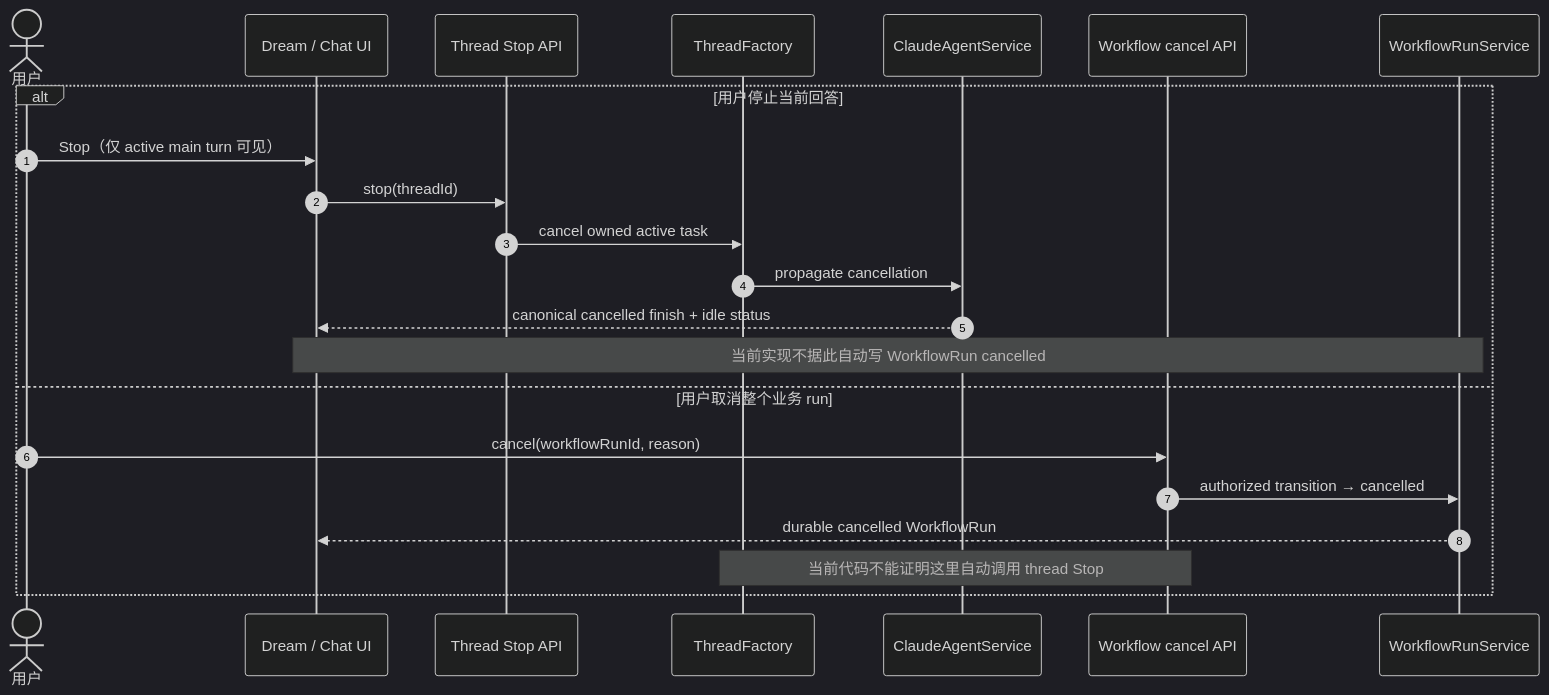
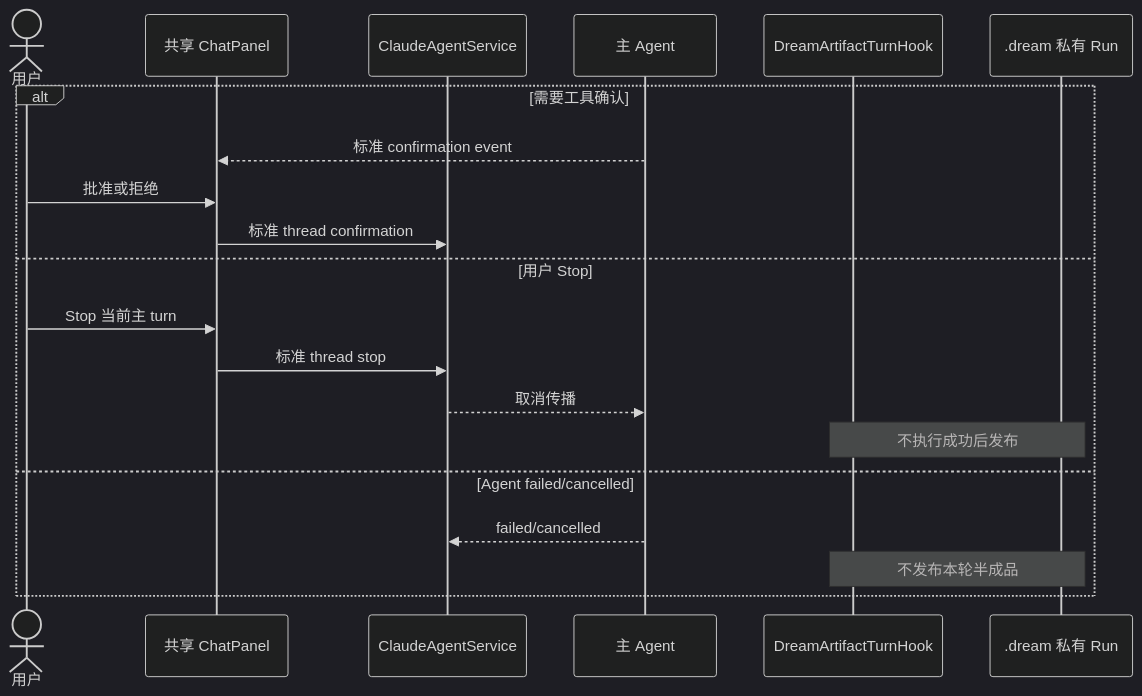
Before and after one commit to glide-the/im-dream: the sixth of 6 diagrams in docs/design/dream-agent/business-interaction-design.md, drawn with Mermaid (dark theme). The commit also changed other lines of this file and 26 other files, not shown here.

Commit message:
feat(dream): sync agent workbench artifacts

````diff
--- a/docs/design/dream-agent/business-interaction-design.md
+++ b/docs/design/dream-agent/business-interaction-design.md
@@ -580,25 +127,23 @@
 ```mermaid
 sequenceDiagram
-    autonumber
-    actor User as 用户
-    participant UI as Dream / Chat UI
-    participant ChatAPI as Thread Stop API
-    participant Factory as ThreadFactory
-    participant Service as ClaudeAgentService
-    participant WFAPI as Workflow cancel API
-    participant WF as WorkflowRunService
+    actor U as 用户
+    participant UI as 共享 ChatPanel
+    participant S as ClaudeAgentService
+    participant A as 主 Agent
+    participant H as DreamArtifactTurnHook
+    participant P as .dream 私有 Run
 
-    alt 用户停止当前回答
-        User->>UI: Stop（仅 active main turn 可见）
-        UI->>ChatAPI: stop(threadId)
-        ChatAPI->>Factory: cancel owned active task
-        Factory->>Service: propagate cancellation
-        Service-->>UI: canonical cancelled finish + idle status
-        Note over UI,WF: 当前实现不据此自动写 WorkflowRun cancelled
-    else 用户取消整个业务 run
-        User->>WFAPI: cancel(workflowRunId, reason)
-        WFAPI->>WF: authorized transition → cancelled
-        WF-->>UI: durable cancelled WorkflowRun
-        Note over WFAPI,Factory: 当前代码不能证明这里自动调用 thread Stop
+    alt 需要工具确认
+        A-->>UI: 标准 confirmation event
+        U->>UI: 批准或拒绝
+        UI->>S: 标准 thread confirmation
+    else 用户 Stop
+        U->>UI: Stop 当前主 turn
+        UI->>S: 标准 thread stop
+        S-->>A: 取消传播
+        Note over H,P: 不执行成功后发布
+    else Agent failed/cancelled
+        A-->>S: failed/cancelled
+        Note over H,P: 不发布本轮半成品
     end
 ```
````
